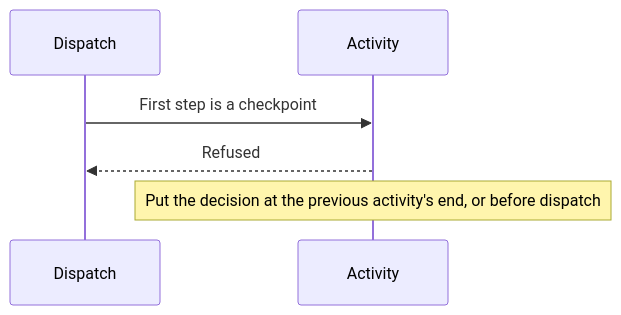
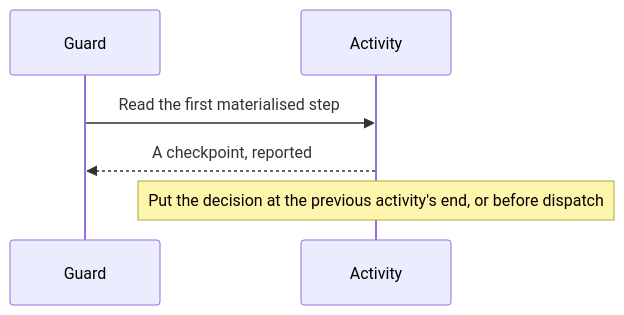
Diagram 19 of 22 in docs/checkpoint.md (m2ux/workflow-server), drawn with Mermaid before and after one commit. The commit also changed other lines of this file and 16 other files, not shown here.

````diff
--- a/docs/checkpoint.md
+++ b/docs/checkpoint.md
@@ -504,8 +504,8 @@
 ```mermaid
 sequenceDiagram
-  participant Dispatch
+  participant Guard
   participant Activity
-  Dispatch->>Activity: First step is a checkpoint
-  Activity-->>Dispatch: Refused
+  Guard->>Activity: Read the first materialised step
+  Activity-->>Guard: A checkpoint, reported
   Note over Activity: Put the decision at the previous activity's end, or before dispatch
 ```
````
